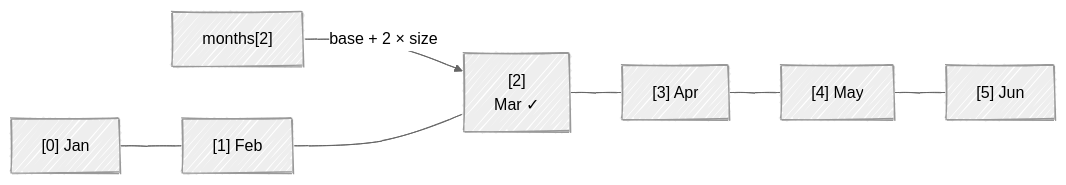
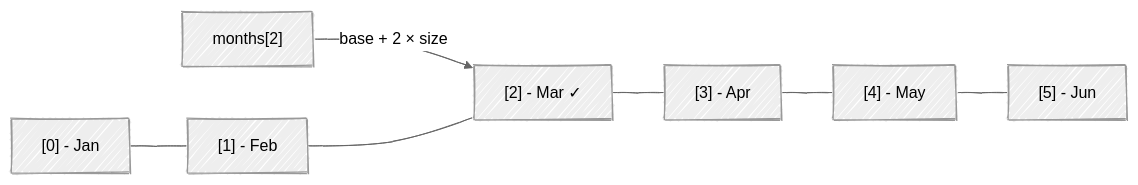
One commit to jimmy706/junedang-blog-pages changed the third of 9 diagrams in jekyll/array-fundamentals.md. Above: the diagram before and after it, drawn with Mermaid (neutral theme). The commit also changed other lines of this file, not shown here.

```diff
--- a/jekyll/array-fundamentals.md
+++ b/jekyll/array-fundamentals.md
@@ -126,9 +127,9 @@
 <pre class="mermaid">
 ---
 config:
   look: handDrawn
 ---
 flowchart LR
-    Query["months[2]"] -->|"base + 2 × size"| A2["[2]\nMar ✓"]
-    A0["[0] Jan"] --- A1["[1] Feb"] --- A2 --- A3["[3] Apr"] --- A4["[4] May"] --- A5["[5] Jun"]
+    Query["months[2]"] -->|"base + 2 × size"| A2["[2] - Mar ✓"]
+    A0["[0] - Jan"] --- A1["[1] - Feb"] --- A2 --- A3["[3] - Apr"] --- A4["[4] - May"] --- A5["[5] - Jun"]
 </pre>
```
